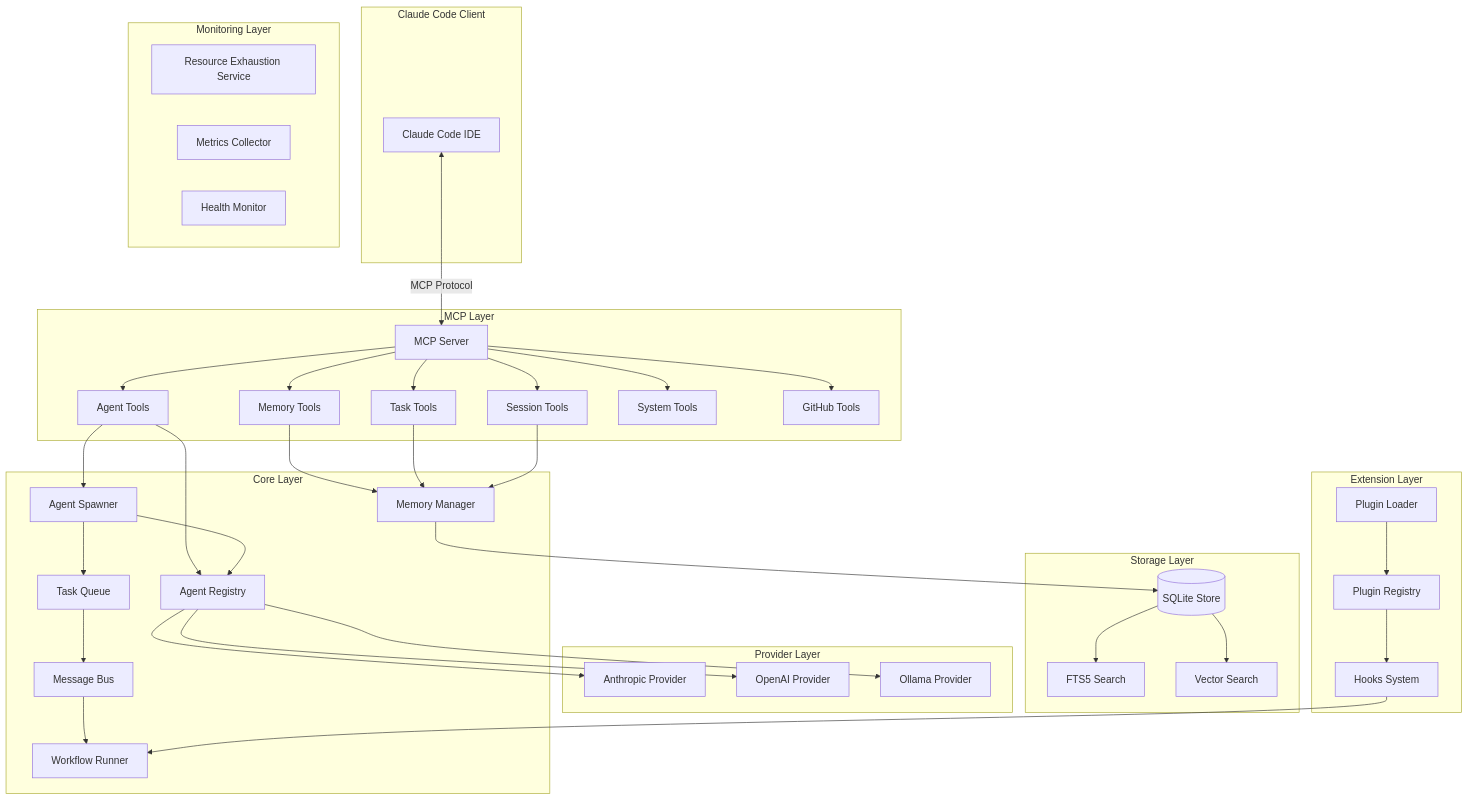
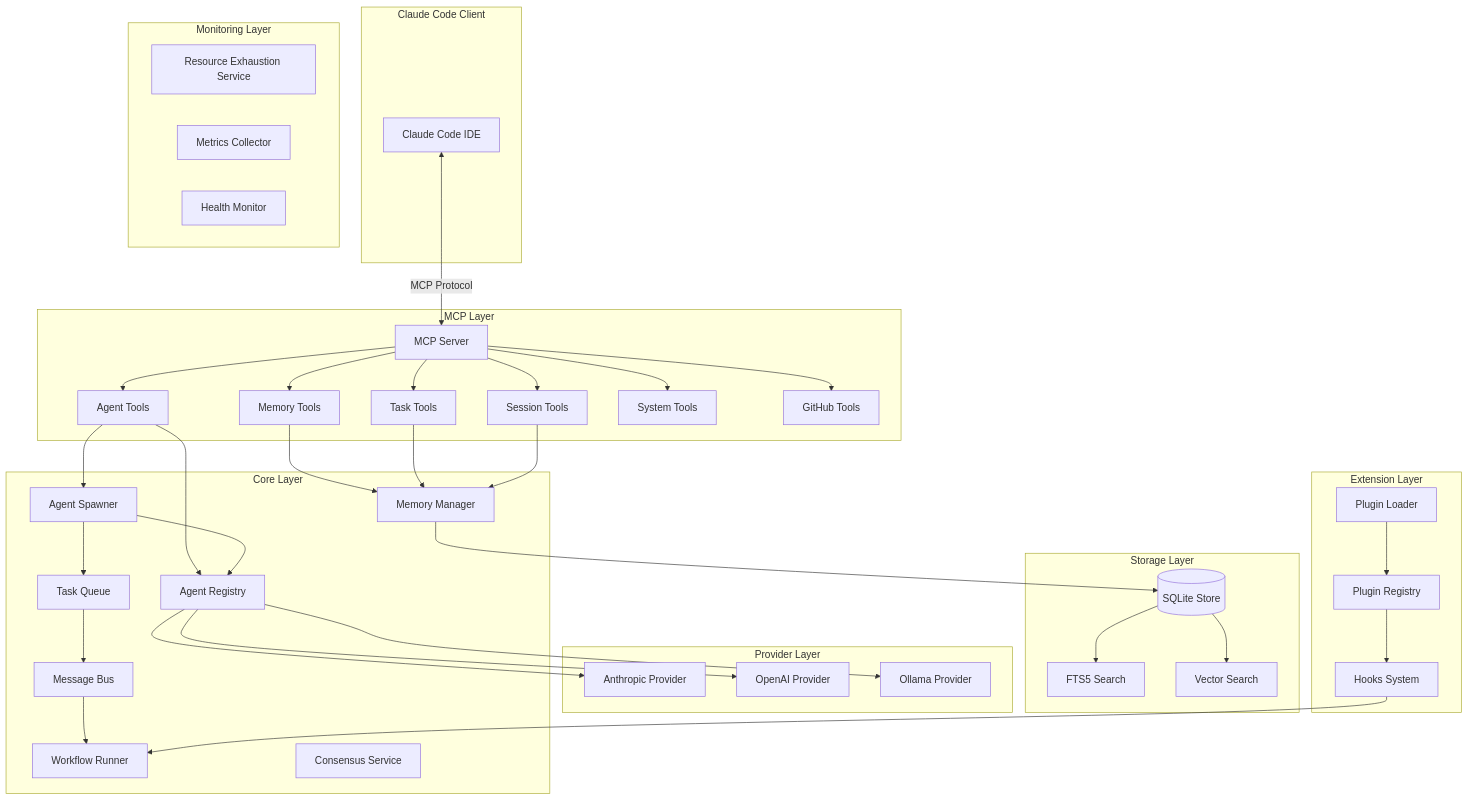
The third of 5 diagrams in docs/ARCHITECTURE.md (blackms/aistack), drawn with Mermaid before and after one commit. The commit also changed other lines of this file and 8 other files, not shown here.

````diff
--- a/docs/ARCHITECTURE.md
+++ b/docs/ARCHITECTURE.md
@@ -71,72 +72,73 @@
 ```mermaid
 flowchart TB
     subgraph "Claude Code Client"
         CC[Claude Code IDE]
     end
 
     subgraph "MCP Layer"
         MCP[MCP Server]
         AT[Agent Tools]
         MT[Memory Tools]
         TT[Task Tools]
         ST[Session Tools]
         SYS[System Tools]
         GH[GitHub Tools]
     end
 
     subgraph "Core Layer"
         AR[Agent Registry]
         AS[Agent Spawner]
         MM[Memory Manager]
         TQ[Task Queue]
         MB[Message Bus]
         WR[Workflow Runner]
+        CS[Consensus Service]
     end
 
     subgraph "Storage Layer"
         SQL[(SQLite Store)]
         FTS[FTS5 Search]
         VS[Vector Search]
     end
 
     subgraph "Provider Layer"
         AP[Anthropic Provider]
         OP[OpenAI Provider]
         OL[Ollama Provider]
     end
 
     subgraph "Monitoring Layer"
         RES[Resource Exhaustion Service]
         MET[Metrics Collector]
         HLT[Health Monitor]
     end
 
     subgraph "Extension Layer"
         PL[Plugin Loader]
         PR[Plugin Registry]
         HK[Hooks System]
     end
 
     CC <-->|MCP Protocol| MCP
     MCP --> AT & MT & TT & ST & SYS & GH
 
     AT --> AR & AS
     MT --> MM
     TT --> MM
     ST --> MM
 
     AS --> AR
     AS --> TQ
     TQ --> MB
     MB --> WR
 
     MM --> SQL
     SQL --> FTS
     SQL --> VS
 
     AR --> AP & OP & OL
 
     PL --> PR
     PR --> HK
     HK --> WR
 ```
````
